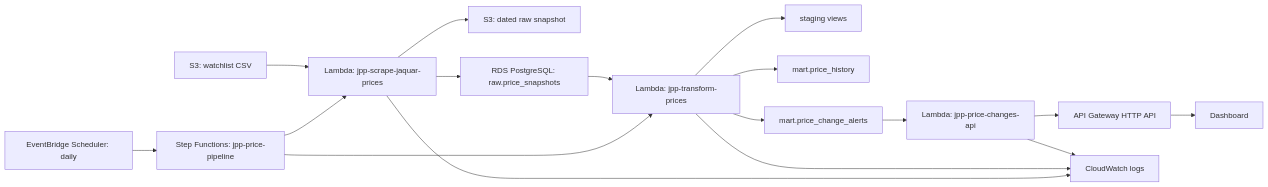
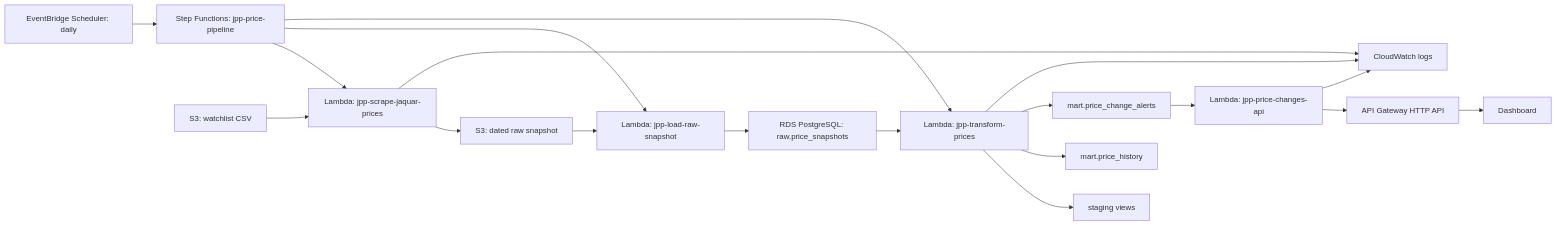
The diagram in README.md (kartikey-vyas-DS/jaquar-price-pulse), drawn with Mermaid before and after one commit. The commit also changed other lines of this file and 8 other files, not shown here.

Commit message:
Refine dashboard and live pipeline flow

````diff
--- a/README.md
+++ b/README.md
@@ -144,19 +138,21 @@
 ```mermaid
 flowchart LR
   A["EventBridge Scheduler: daily"] --> B["Step Functions: jpp-price-pipeline"]
   B --> C["Lambda: jpp-scrape-jaquar-prices"]
   D["S3: watchlist CSV"] --> C
   C --> N["S3: dated raw snapshot"]
-  C --> E["RDS PostgreSQL: raw.price_snapshots"]
+  B --> O["Lambda: jpp-load-raw-snapshot"]
+  N --> O
+  O --> E["RDS PostgreSQL: raw.price_snapshots"]
   B --> F["Lambda: jpp-transform-prices"]
   E --> F
   F --> G["staging views"]
   F --> H["mart.price_history"]
   F --> I["mart.price_change_alerts"]
   I --> J["Lambda: jpp-price-changes-api"]
   J --> K["API Gateway HTTP API"]
   K --> L["Dashboard"]
   C --> M["CloudWatch logs"]
   F --> M
   J --> M
 ```
````
